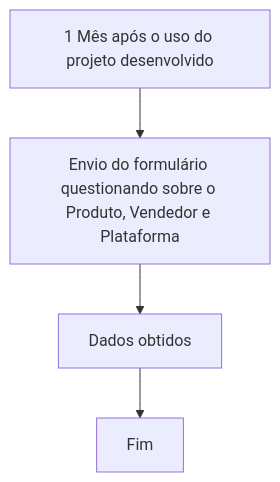
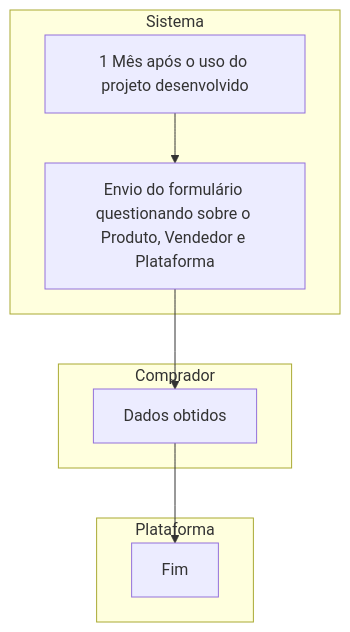
The fourth of 7 diagrams in README.md (giovanni1351/EngenhariaDeSoftwareProjeto), drawn with Mermaid before and after one commit. The commit also changed other lines of this file, not shown here.

````diff
--- a/README.md
+++ b/README.md
@@ -156,7 +202,14 @@
 ```mermaid
 graph TD;
-
-    A[1 Mês após o uso do projeto desenvolvido] --> B[Envio do formulário questionando sobre o Produto, Vendedor e Plataforma]
-    B --> C[Dados obtidos]
-    C --> D[Fim]
+    subgraph Sistema["Sistema"]
+        A[1 Mês após o uso do projeto desenvolvido] --> B[Envio do formulário questionando sobre o Produto, Vendedor e Plataforma]
+    end
+    
+    subgraph Comprador["Comprador"]
+        B --> C[Dados obtidos]
+    end
+    
+    subgraph Plataforma["Plataforma"]
+        C --> D[Fim]
+    end
 ```
````
